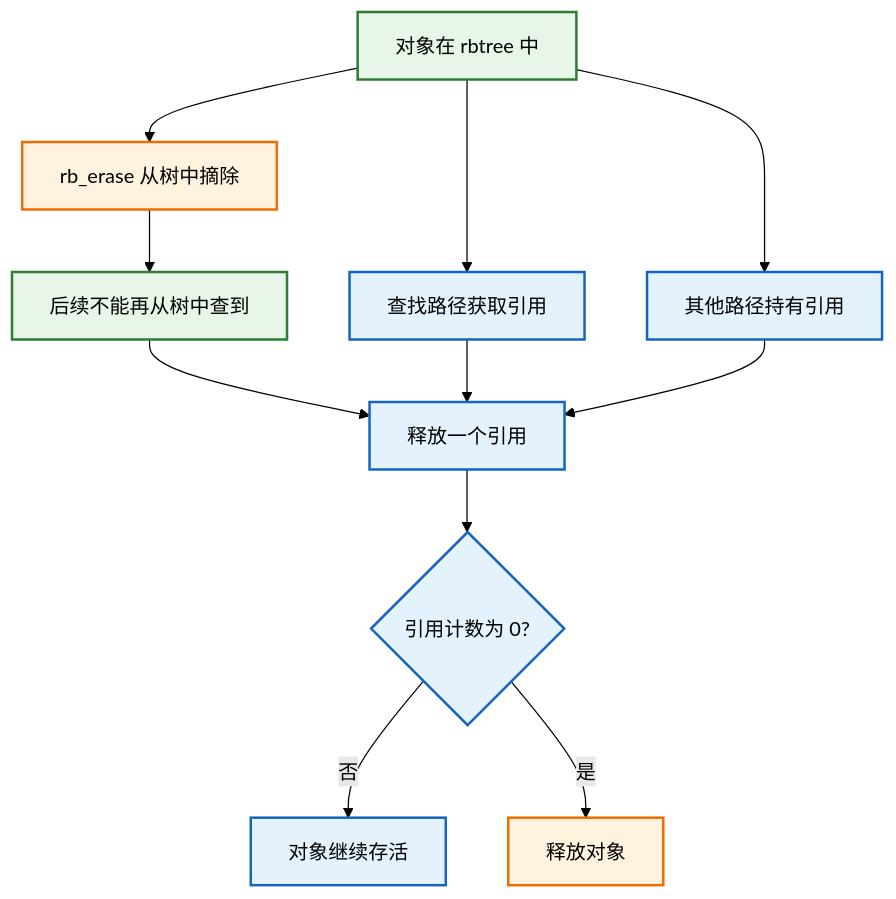
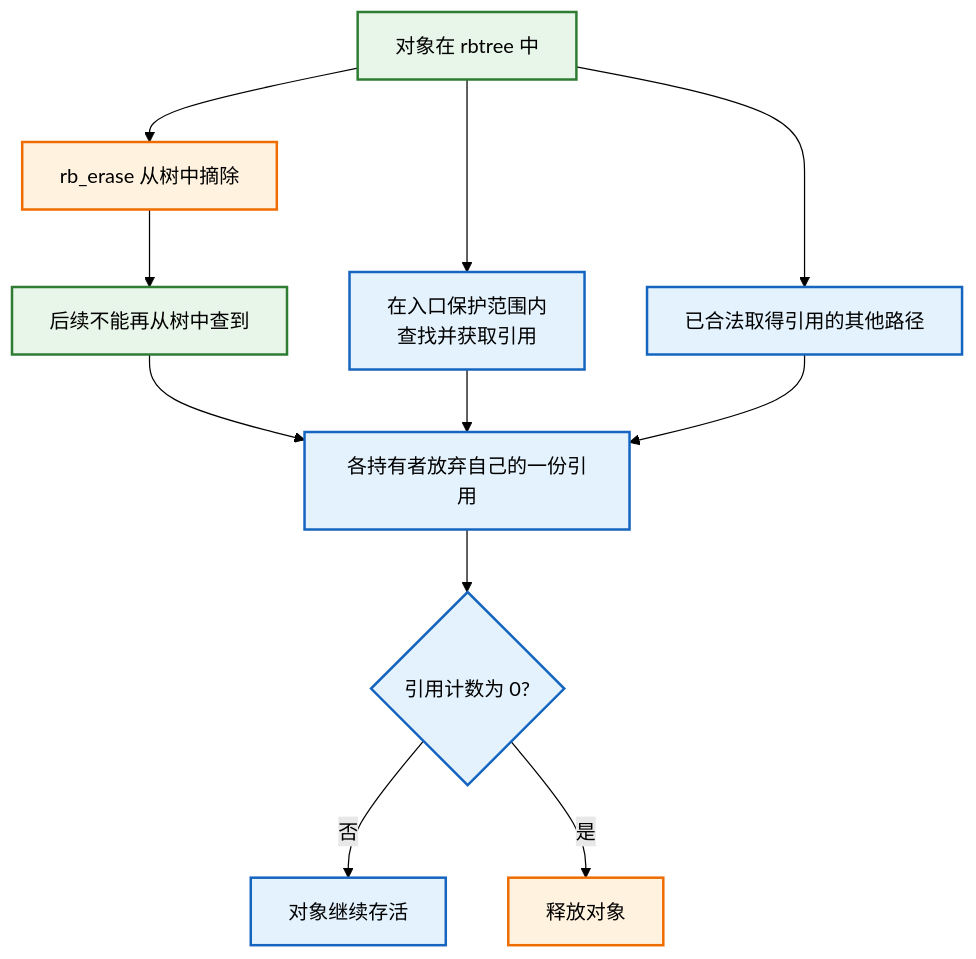
Diagram 21 of 53 in knowledge/linux/data_structures/红黑树_rb-tree/P09_Linux_6.12_内核_rbtree_嵌入式节点与使用者接口.md (FormingSystem/linux_note), drawn with Mermaid (forest theme) before and after one commit. The commit also changed other lines of this file and 12 other files, not shown here.

````diff
--- a/knowledge/linux/data_structures/红黑树_rb-tree/P09_Linux_6.12_内核_rbtree_嵌入式节点与使用者接口.md
+++ b/knowledge/linux/data_structures/红黑树_rb-tree/P09_Linux_6.12_内核_rbtree_嵌入式节点与使用者接口.md
@@ -1640,31 +1642,31 @@
 ```mermaid
 graph TD
 	in_tree["对象在 rbtree 中"]
-	lookup_get["查找路径获取引用"]
-	other_user["其他路径持有引用"]
+	lookup_get["在入口保护范围内<br/>查找并获取引用"]
+	other_user["已合法取得引用的其他路径"]
 	remove_tree["rb_erase 从树中摘除"]
 	not_find["后续不能再从树中查到"]
-	put_ref["释放一个引用"]
+	put_ref["各持有者放弃自己的一份引用"]
 	ref_zero{"引用计数为 0?"}
 	keep_alive["对象继续存活"]
 	free_obj["释放对象"]
 
 	in_tree --> lookup_get
 	in_tree --> other_user
 	in_tree --> remove_tree
 	remove_tree --> not_find
 	not_find --> put_ref
 	lookup_get --> put_ref
 	other_user --> put_ref
 	put_ref --> ref_zero
 	ref_zero -->|否| keep_alive
 	ref_zero -->|是| free_obj
 
 	classDef state fill:#e8f5e9,stroke:#2e7d32,color:#000,stroke-width:2px;
 	classDef ref fill:#e3f2fd,stroke:#1565c0,color:#000,stroke-width:2px;
 	classDef free fill:#fff3e0,stroke:#ef6c00,color:#000,stroke-width:2px;
 
 	class in_tree,not_find state;
 	class lookup_get,other_user,put_ref,ref_zero,keep_alive ref;
 	class remove_tree,free_obj free;
 ```
````
